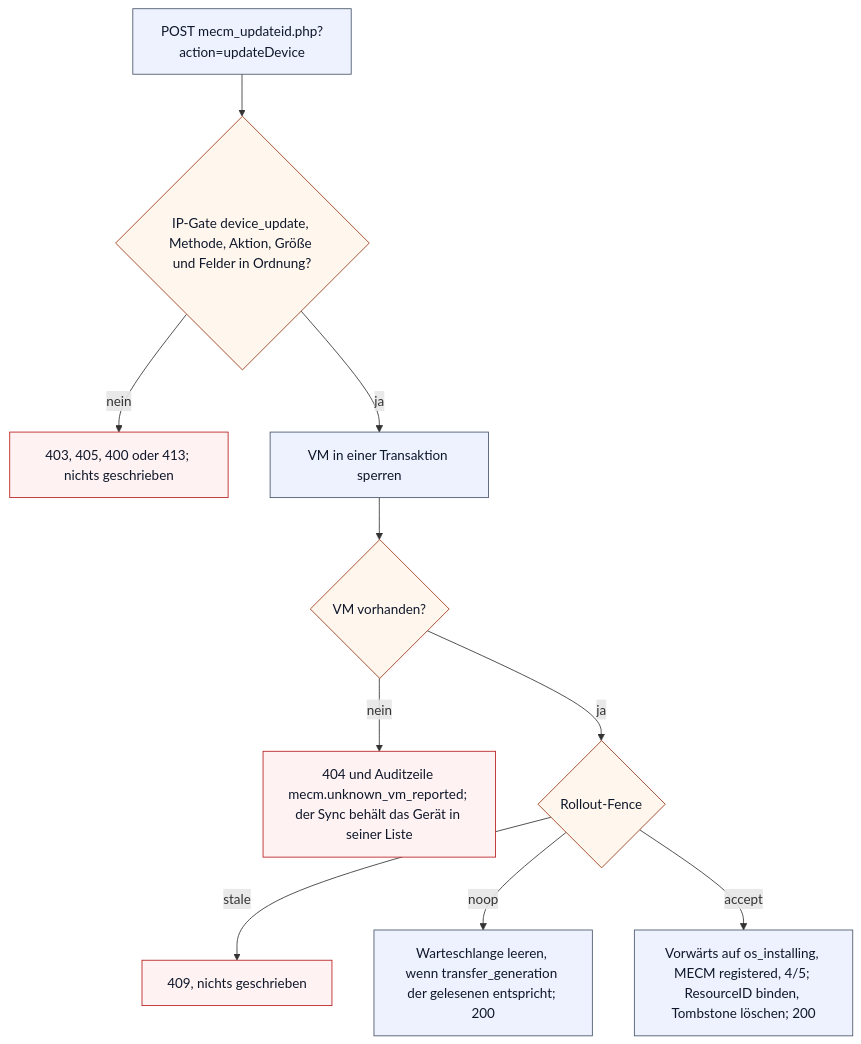
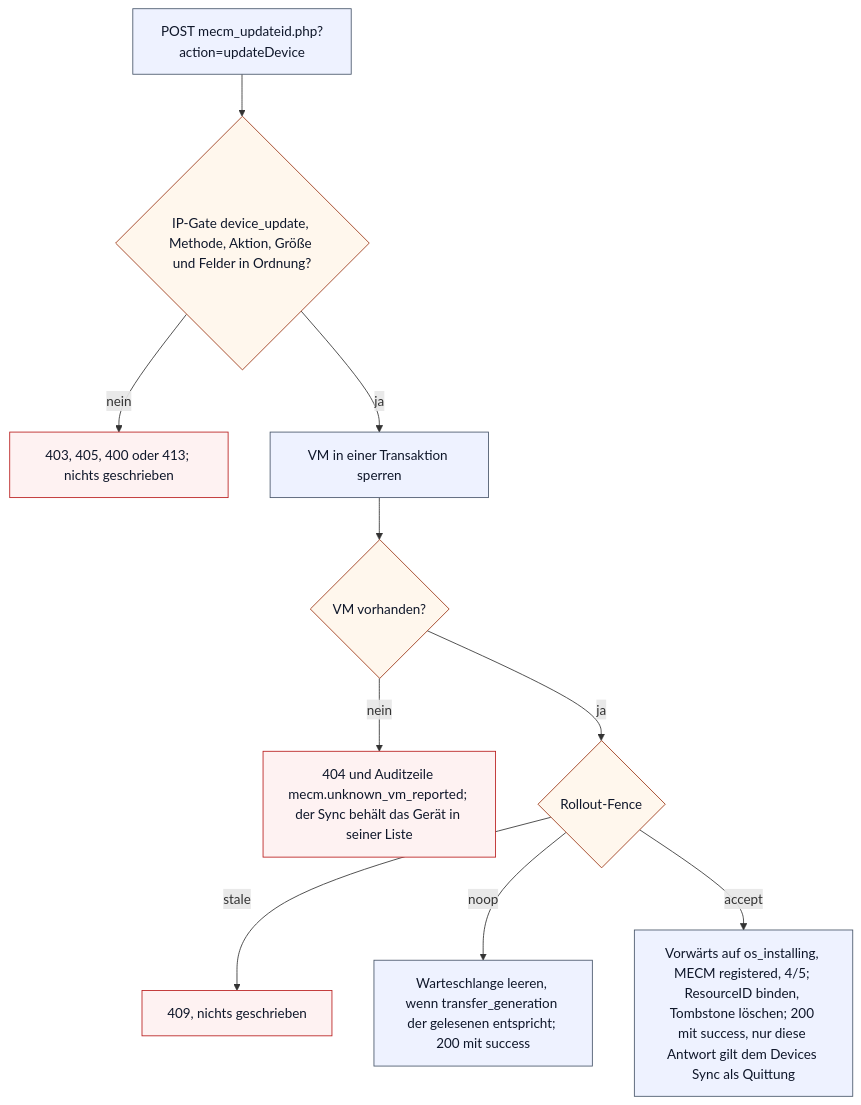
Before and after one commit to Samy94M/VirtuSphere-v2-WebApp: the second of 5 diagrams in docs/operations/machine-api-flows.md, drawn with Mermaid. The commit also changed other lines of this file, not shown here.

Commit message:
docs(machine API flows): updateDevice is acknowledged only by success
The device sync deletes its journal entries only on a response with the
success field (Assert-VsPortalSuccess); the updateDevice chart said just
"200", while the package chart already named the acknowledgement.

Claude-Session: https://claude.ai/code/session_01GKxhfc56igWhkwCRpC7Uw1

````diff
--- a/docs/operations/machine-api-flows.md
+++ b/docs/operations/machine-api-flows.md
@@ -58,18 +58,18 @@
 ```mermaid
 flowchart TD
     post["POST mecm_updateid.php?action=updateDevice"] --> checks{"IP-Gate device_update, Methode, Aktion, Größe und Felder in Ordnung?"}
     checks -->|nein| refused["403, 405, 400 oder 413; nichts geschrieben"]
     checks -->|ja| lock["VM in einer Transaktion sperren"]
     lock --> known{"VM vorhanden?"}
     known -->|nein| unknown["404 und Auditzeile mecm.unknown_vm_reported; der Sync behält das Gerät in seiner Liste"]
     known -->|ja| fence{"Rollout-Fence"}
     fence -->|stale| stale["409, nichts geschrieben"]
-    fence -->|noop| noop["Warteschlange leeren, wenn transfer_generation der gelesenen entspricht; 200"]
-    fence -->|accept| bind["Vorwärts auf os_installing, MECM registered, 4/5; ResourceID binden, Tombstone löschen; 200"]
+    fence -->|noop| noop["Warteschlange leeren, wenn transfer_generation der gelesenen entspricht; 200 mit success"]
+    fence -->|accept| bind["Vorwärts auf os_installing, MECM registered, 4/5; ResourceID binden, Tombstone löschen; 200 mit success, nur diese Antwort gilt dem Devices Sync als Quittung"]
     classDef step fill:#eef2ff,stroke:#475569,color:#0f172a;
     classDef decision fill:#fff7ed,stroke:#9a3412,color:#0f172a;
     classDef blocked fill:#fef2f2,stroke:#b91c1c,color:#0f172a;
     class post,lock,noop,bind step;
     class checks,known,fence decision;
     class refused,unknown,stale blocked;
 ```
````
